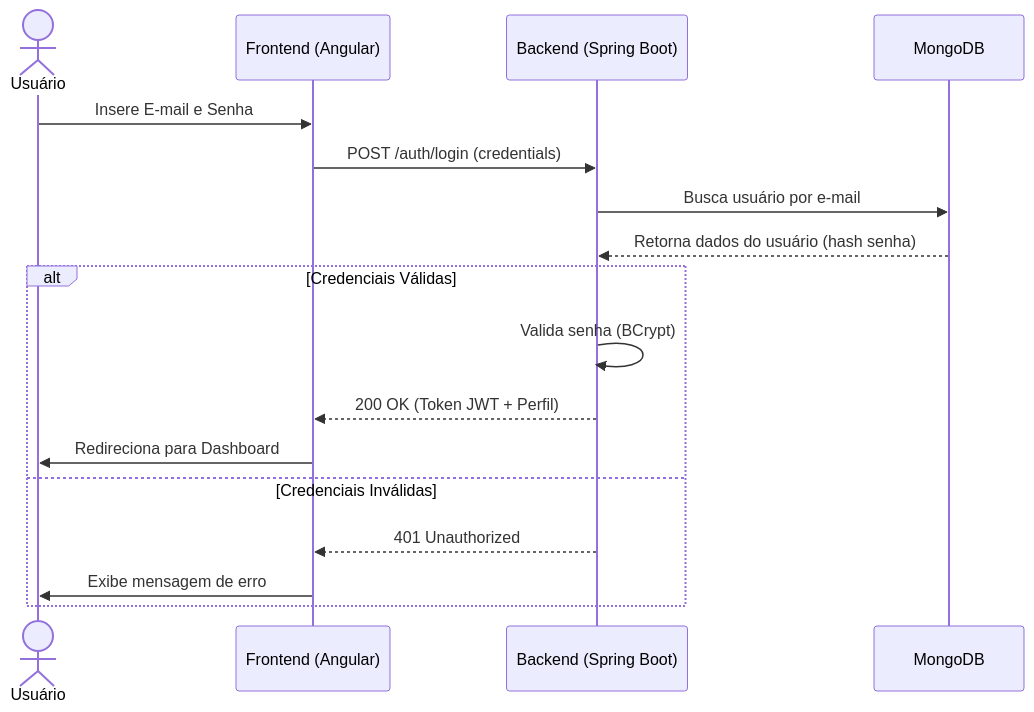
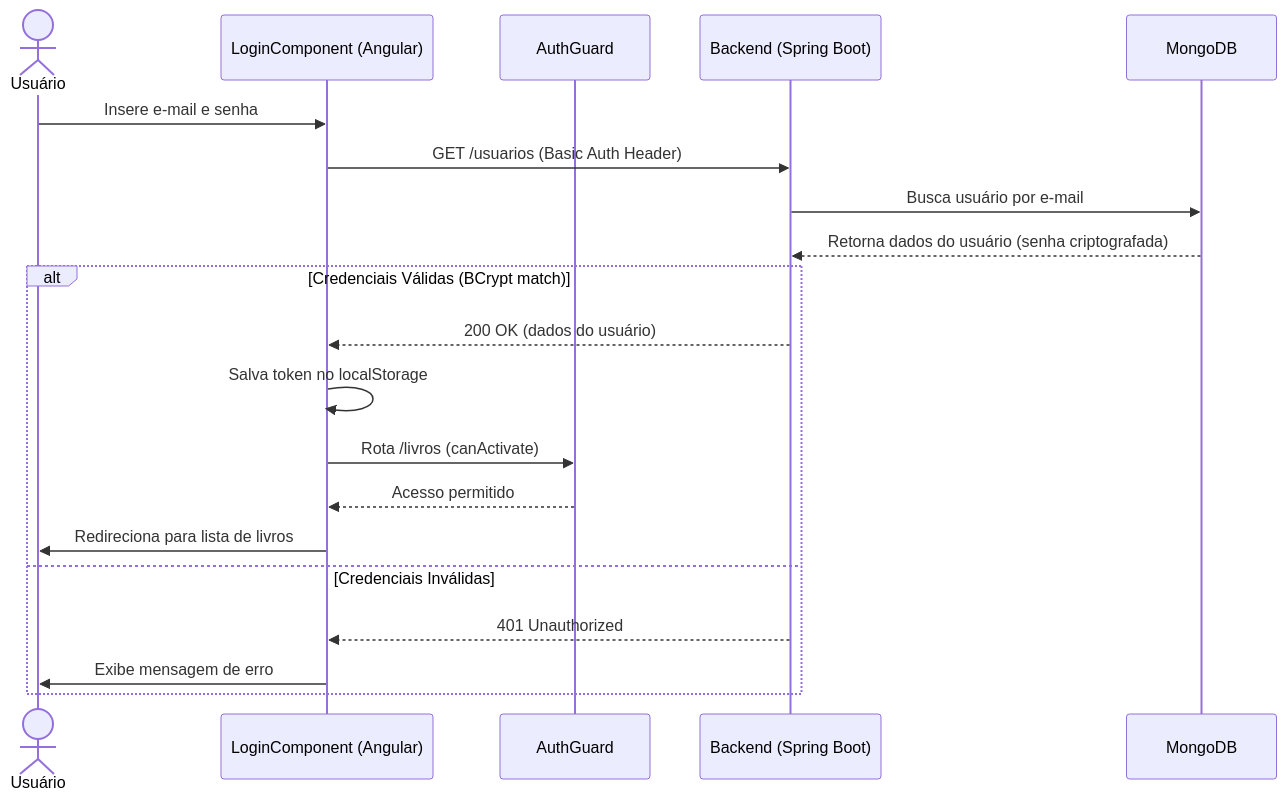
One commit to Alex-sampaio-lima/Projeto-Q.A changed the first of 5 diagrams in Diagrama UML.md. Above: the diagram before and after it, drawn with Mermaid. The commit also changed other lines of this file and 4 other files, not shown here.

Commit message:
docs: update UML flows, CI/CD documentation, and project README files

````diff
--- a/Diagrama UML.md
+++ b/Diagrama UML.md
@@ -11,21 +11,24 @@
 ```mermaid
 sequenceDiagram
     actor Usuario as Usuário
-    participant Front as Frontend (Angular)
+    participant Front as LoginComponent (Angular)
+    participant Guard as AuthGuard
     participant Back as Backend (Spring Boot)
     participant DB as MongoDB
 
-    Usuario->>Front: Insere E-mail e Senha
-    Front->>Back: POST /auth/login (credentials)
+    Usuario->>Front: Insere e-mail e senha
+    Front->>Back: GET /usuarios (Basic Auth Header)
     Back->>DB: Busca usuário por e-mail
-    DB-->>Back: Retorna dados do usuário (hash senha)
-    
-    alt Credenciais Válidas
-        Back->>Back: Valida senha (BCrypt)
-        Back-->>Front: 200 OK (Token JWT + Perfil)
-        Front->>Usuario: Redireciona para Dashboard
+    DB-->>Back: Retorna dados do usuário (senha criptografada)
+
+    alt Credenciais Válidas (BCrypt match)
+        Back-->>Front: 200 OK (dados do usuário)
+        Front->>Front: Salva token no localStorage
+        Front->>Guard: Rota /livros (canActivate)
+        Guard-->>Front: Acesso permitido
+        Front->>Usuario: Redireciona para lista de livros
     else Credenciais Inválidas
         Back-->>Front: 401 Unauthorized
         Front->>Usuario: Exibe mensagem de erro
     end
 ```
````
